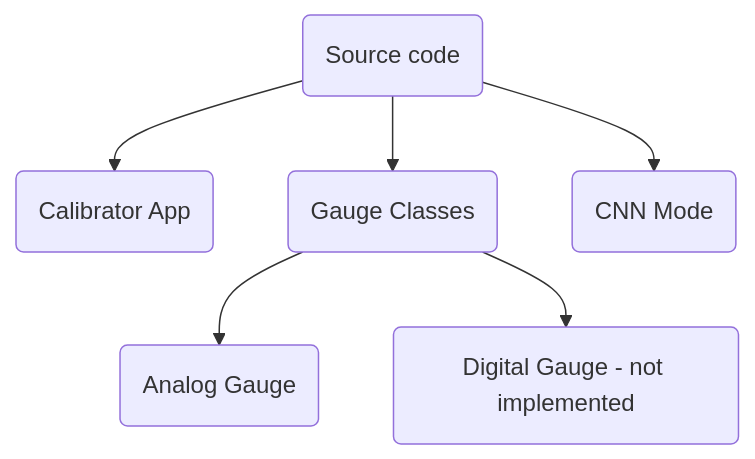
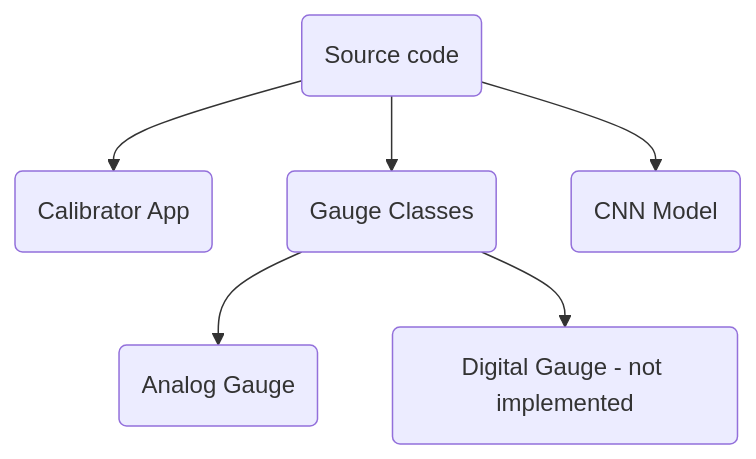
Before and after one commit to Guydada/GaugereaderProject: the second of 3 diagrams in README.md, drawn with Mermaid. The commit also changed 6 other files, not shown here.

````diff
--- a/README.md
+++ b/README.md
@@ -387,8 +387,8 @@
 ```mermaid
 flowchart TD
   A(Source code) --> B(Calibrator App)
   A --> C(Gauge Classes)
   C --> D(Analog Gauge)
   C --> E(Digital Gauge - not implemented)
-  A --> F(CNN Mode)
+  A --> F(CNN Model)
 ```
````
